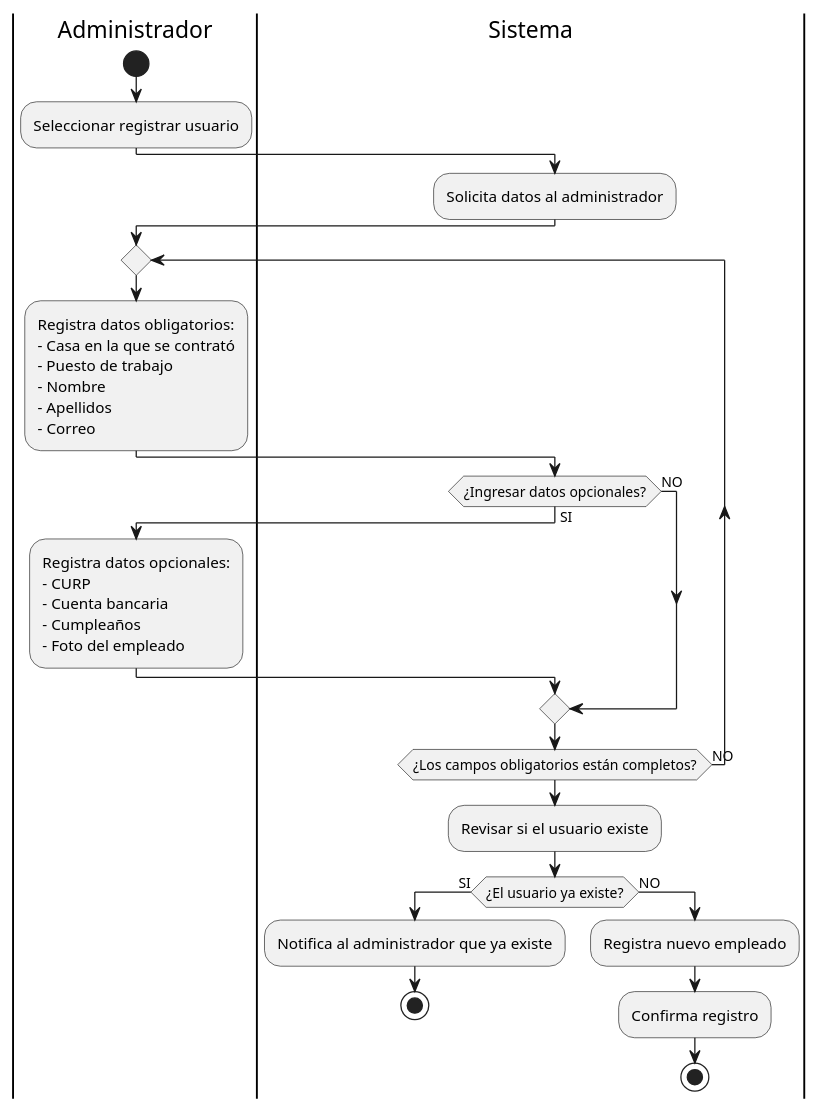
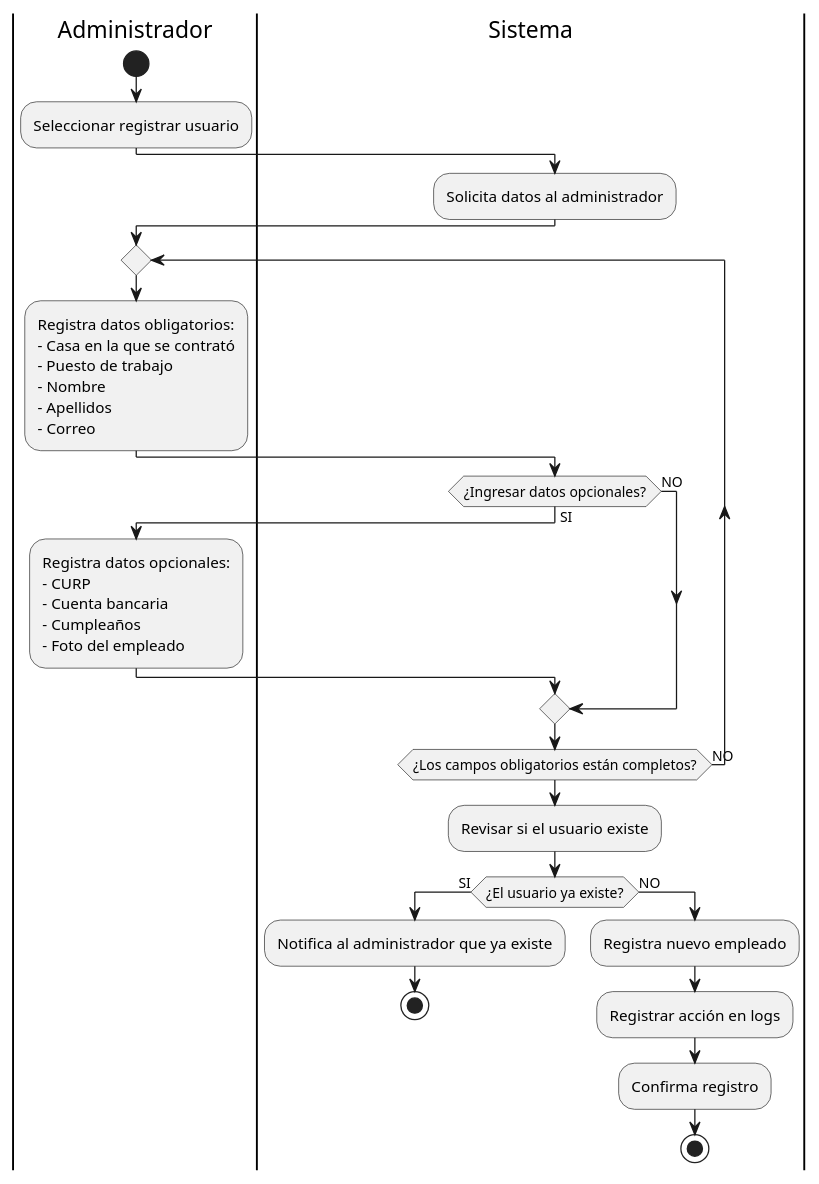
Before and after one commit to AztlanConsulting/RCHQ-Back: the diagram in diagrams/Activity diagram/HU01.puml, drawn with PlantUML. The commit also changed 1 other file, not shown here.

Commit message:
Add: The function that saves the action done is added to the activity and sequence diagram

```diff
--- a/diagrams/Activity diagram/HU01.puml
+++ b/diagrams/Activity diagram/HU01.puml
@@ -1,43 +1,44 @@
 @startuml HU01 - Administrador y coordinador registra usuario
 
 |Administrador|
 start
 :Seleccionar registrar usuario;
 
 |Sistema|
 :Solicita datos al administrador;
 
 |Administrador|
 repeat
 :Registra datos obligatorios:
 - Casa en la que se contrató
 - Puesto de trabajo
 - Nombre
 - Apellidos
 - Correo;
 
 |Sistema|
 if (¿Ingresar datos opcionales?) then (SI)
     |Administrador|
     :Registra datos opcionales:
     - CURP
     - Cuenta bancaria
     - Cumpleaños
     - Foto del empleado;
 else (NO)
 endif
 
 |Sistema|
 repeat while (¿Los campos obligatorios están completos?) is (NO)
 :Revisar si el usuario existe;
 
 if (¿El usuario ya existe?) then (SI)
     :Notifica al administrador que ya existe;
     stop
 else (NO)
     :Registra nuevo empleado;
+    :Registrar acción en logs;
     :Confirma registro;
     stop
 endif
 
 @enduml
```
